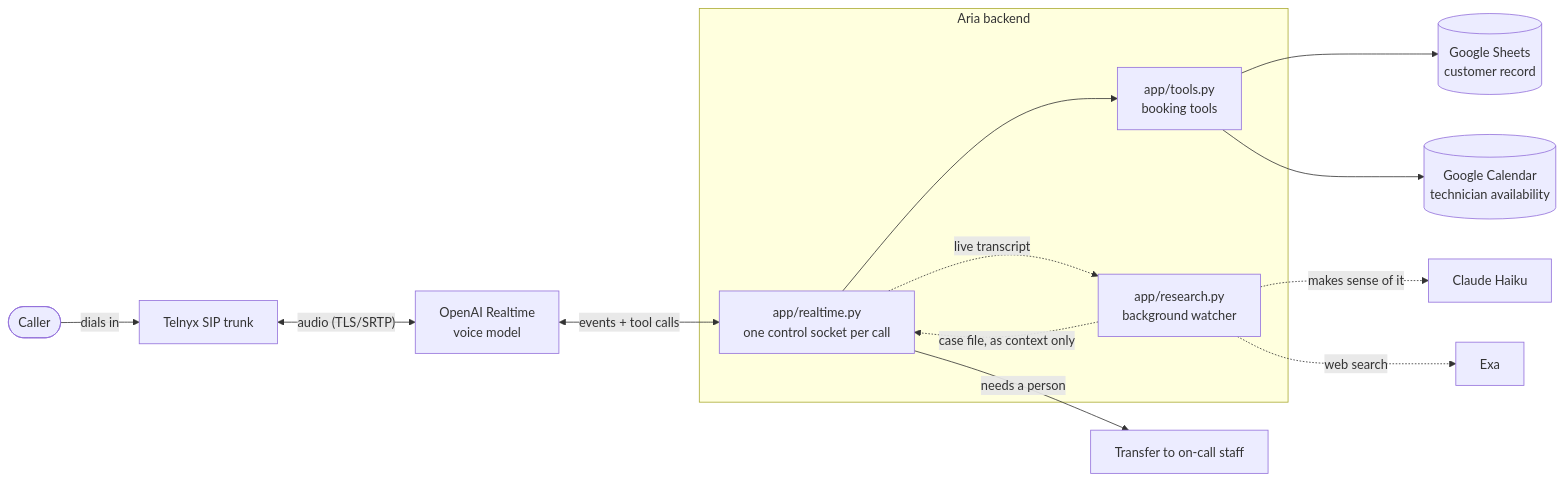
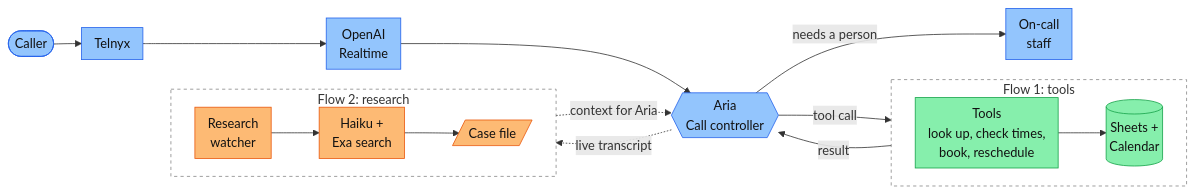
Before and after one commit to sinmi-hub/SummitAir: the diagram in README.md, drawn with Mermaid. The commit also changed other lines of this file, not shown here.

First line of the commit message:
fix: update README flow, tools and structure

````diff
--- a/README.md
+++ b/README.md
@@ -23,22 +21,31 @@
 ```mermaid
+%%{init: {"flowchart": {"curve": "basis", "nodeSpacing": 25, "rankSpacing": 35, "padding": 8}}}%%
 flowchart LR
-  Caller(["Caller"]) -->|dials in| Telnyx["Telnyx SIP trunk"]
-  Telnyx <-->|"audio (TLS/SRTP)"| Realtime["OpenAI Realtime<br/>voice model"]
+  Caller(["Caller"]) --> Telnyx["Telnyx"] --> OpenAI["OpenAI<br/>Realtime"] --> Core{{"Aria<br/>Call controller"}}
 
-  subgraph Backend["Aria backend"]
-    Control["app/realtime.py<br/>one control socket per call"]
-    Tools["app/tools.py<br/>booking tools"]
-    Research["app/research.py<br/>background watcher"]
+  subgraph Flow1["Flow 1: tools"]
+    direction LR
+    Tools["Tools<br/>look up, check times,<br/>book, reschedule"] --> Records[("Sheets +<br/>Calendar")]
   end
 
-  Realtime <-->|"events + tool calls"| Control
-  Control --> Tools
-  Tools --> Sheets[("Google Sheets<br/>customer record")]
-  Tools --> Calendar[("Google Calendar<br/>technician availability")]
-  Control -->|needs a person| Human["Transfer to on-call staff"]
+  subgraph Flow2["Flow 2: research"]
+    direction LR
+    Watcher["Research<br/>watcher"] --> Search["Haiku +<br/>Exa search"] --> Case[/"Case file"/]
+  end
 
-  Control -.->|live transcript| Research
-  Research -.->|makes sense of it| Haiku["Claude Haiku"]
-  Research -.->|web search| Exa["Exa"]
-  Research -.->|"case file, as context only"| Control
+  Core -->|"tool call"| Tools
+  Core -.->|"live transcript"| Watcher
+  Records -->|"result"| Core
+  Case -.->|"context for Aria"| Core
+  Core -->|"needs a person"| Human["On-call<br/>staff"]
+
+  classDef voice fill:#93c5fd,stroke:#2563eb,color:#111
+  classDef tools fill:#86efac,stroke:#16a34a,color:#111
+  classDef research fill:#fdba74,stroke:#ea580c,color:#111
+  class Caller,Telnyx,OpenAI,Core,Human voice
+  class Tools,Records tools
+  class Watcher,Search,Case research
+
+  style Flow1 fill:transparent,stroke:#888,stroke-dasharray:4 4
+  style Flow2 fill:transparent,stroke:#888,stroke-dasharray:4 4
 ```
````
